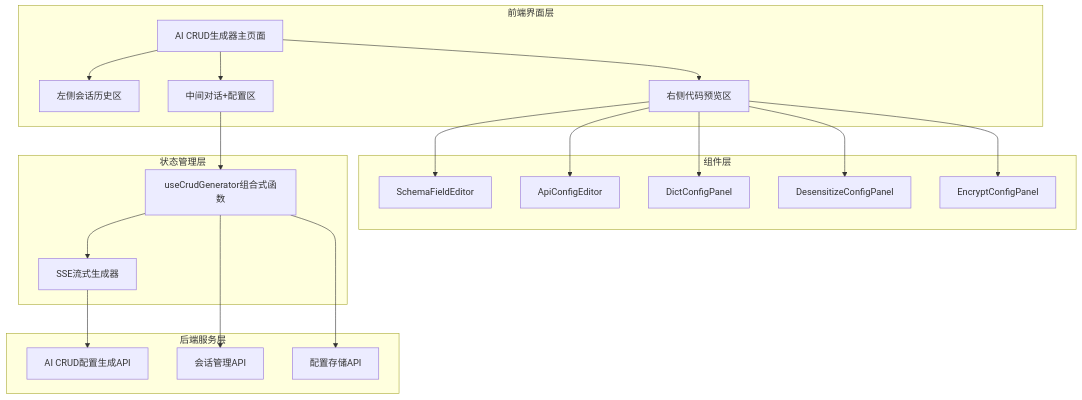
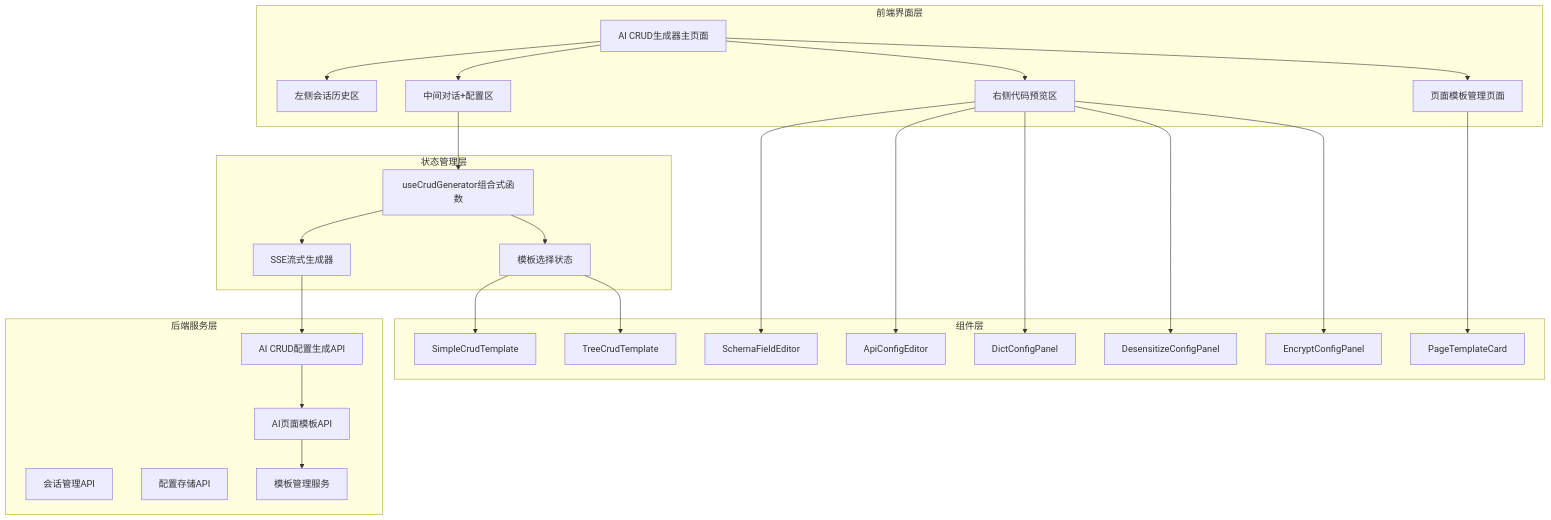
Before and after one commit to yaomindong1996/forge-admin: the first of 14 diagrams in .qoder/repowiki/zh/content/核心功能模块/AI CRUD生成器.md, drawn with Mermaid. The commit also changed other lines of this file and 7 other files, not shown here.

````diff
--- a/.qoder/repowiki/zh/content/核心功能模块/AI CRUD生成器.md
+++ b/.qoder/repowiki/zh/content/核心功能模块/AI CRUD生成器.md
@@ -45,38 +58,50 @@
 ```mermaid
 graph TB
 subgraph "前端界面层"
 A[AI CRUD生成器主页面]
 B[左侧会话历史区]
 C[中间对话+配置区]
 D[右侧代码预览区]
+E[页面模板管理页面]
 end
 subgraph "组件层"
-E[SchemaFieldEditor]
-F[ApiConfigEditor]
-G[DictConfigPanel]
-H[DesensitizeConfigPanel]
-I[EncryptConfigPanel]
+F[SchemaFieldEditor]
+G[ApiConfigEditor]
+H[DictConfigPanel]
+I[DesensitizeConfigPanel]
+J[EncryptConfigPanel]
+K[SimpleCrudTemplate]
+L[TreeCrudTemplate]
+M[PageTemplateCard]
 end
 subgraph "状态管理层"
-J[useCrudGenerator组合式函数]
-K[SSE流式生成器]
+N[useCrudGenerator组合式函数]
+O[SSE流式生成器]
+P[模板选择状态]
 end
 subgraph "后端服务层"
-L[AI CRUD配置生成API]
-M[会话管理API]
-N[配置存储API]
+Q[AI CRUD配置生成API]
+R[会话管理API]
+S[配置存储API]
+T[AI页面模板API]
+U[模板管理服务]
 end
 A --> B
 A --> C
 A --> D
-C --> J
-D --> E
+A --> E
+C --> N
 D --> F
 D --> G
 D --> H
 D --> I
-J --> K
-K --> L
-J --> M
-J --> N
+D --> J
+E --> M
+N --> O
+N --> P
+O --> Q
+P --> K
+P --> L
+Q --> T
+T --> U
 ```
````
